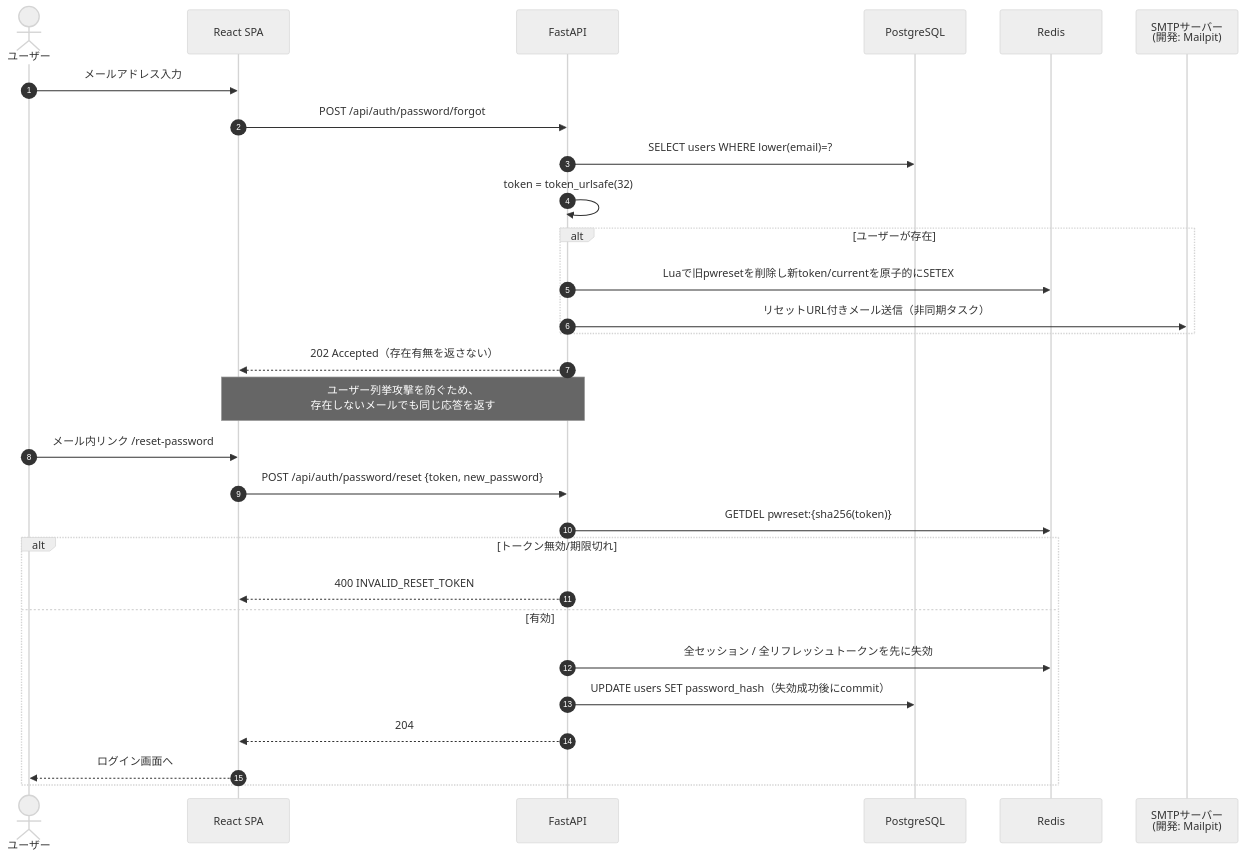
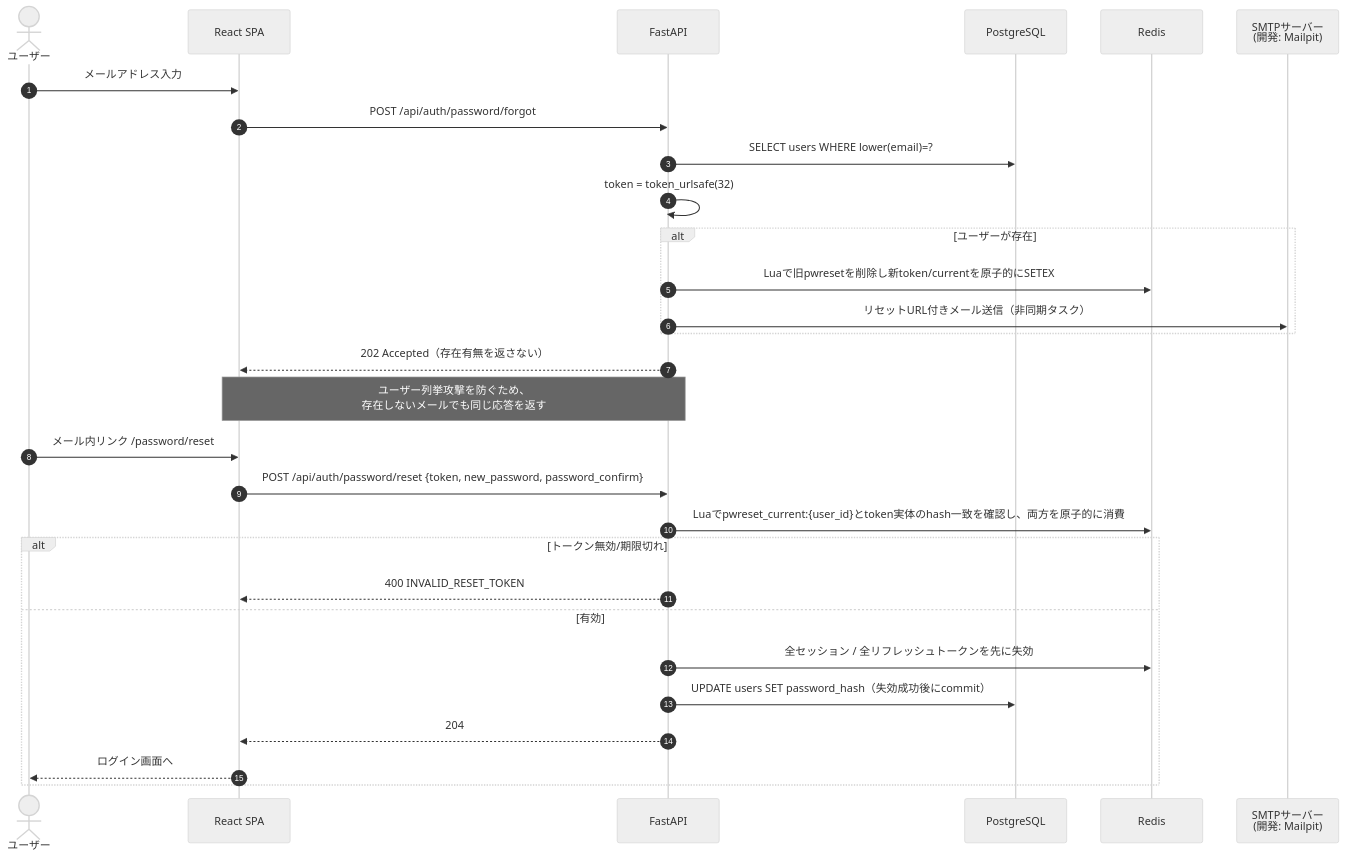
One commit to oikawa-d/task_management changed the ninth of 10 diagrams in docs/basic_design/03_auth.md. Above: the diagram before and after it, drawn with Mermaid (neutral theme). The commit also changed other lines of this file and 80 other files, not shown here.

````diff
--- a/docs/basic_design/03_auth.md
+++ b/docs/basic_design/03_auth.md
@@ -427,33 +429,33 @@
 ```mermaid
 sequenceDiagram
     autonumber
     actor U as ユーザー
     participant FE as React SPA
     participant API as FastAPI
     participant PG as PostgreSQL
     participant RD as Redis
     participant SMTP as SMTPサーバー<br/>(開発: Mailpit)
 
     U->>FE: メールアドレス入力
     FE->>API: POST /api/auth/password/forgot
     API->>PG: SELECT users WHERE lower(email)=?
     API->>API: token = token_urlsafe(32)
     alt ユーザーが存在
         API->>RD: Luaで旧pwresetを削除し新token/currentを原子的にSETEX
         API->>SMTP: リセットURL付きメール送信（非同期タスク）
     end
     API-->>FE: 202 Accepted（存在有無を返さない）
     Note over API,FE: ユーザー列挙攻撃を防ぐため、<br/>存在しないメールでも同じ応答を返す
 
-    U->>FE: メール内リンク /reset-password#token=xxx
-    FE->>API: POST /api/auth/password/reset {token, new_password}
-    API->>RD: GETDEL pwreset:{sha256(token)}
+    U->>FE: メール内リンク /password/reset#token=xxx
+    FE->>API: POST /api/auth/password/reset {token, new_password, password_confirm}
+    API->>RD: Luaでpwreset_current:{user_id}とtoken実体のhash一致を確認し、両方を原子的に消費
     alt トークン無効/期限切れ
         API-->>FE: 400 INVALID_RESET_TOKEN
     else 有効
         API->>RD: 全セッション / 全リフレッシュトークンを先に失効
         API->>PG: UPDATE users SET password_hash（失効成功後にcommit）
         API-->>FE: 204
         FE-->>U: ログイン画面へ
     end
 ```
````
